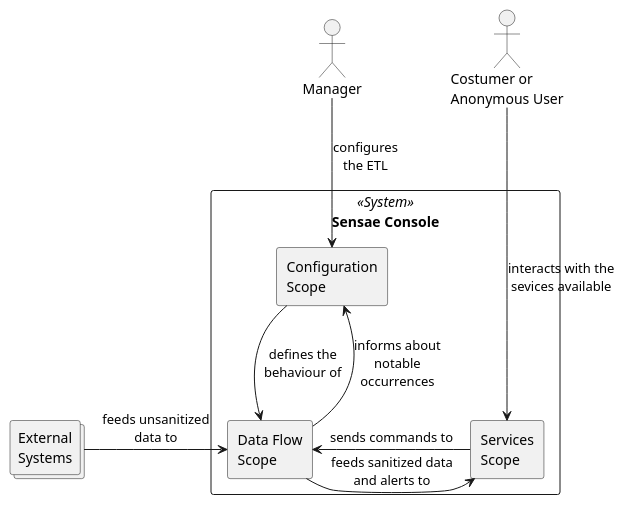
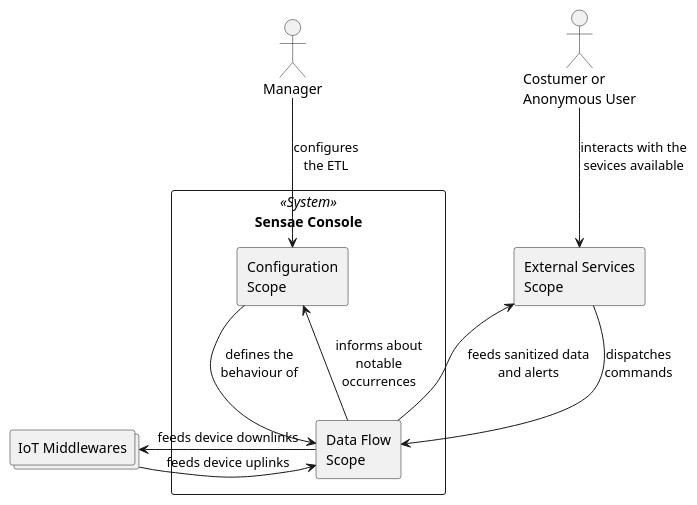
One commit to FilipeMCruz/dissertation changed the diagram in assets/diagrams/design/scopes.pu. Above: the diagram before and after it, drawn with PlantUML. The commit also changed 170 other files, not shown here.

```diff
--- a/assets/diagrams/design/scopes.pu
+++ b/assets/diagrams/design/scopes.pu
@@ -1,32 +1,33 @@
 @startuml scopes
 
 skinparam componentStyle rectangle
 
 actor Manager
 
 actor "Costumer or\nAnonymous User" as User
 
-collections "External\nSystems" as ExternalSystem
+collections "IoT Middlewares" as ExternalSystem
 
 component "Sensae Console"<<System>> {
 
     component "Configuration\nScope" as Configuration
 
     component "Data Flow\nScope" as DataFlow
-
-    component "Services\nScope" as Service
 }
 
-ExternalSystem -> DataFlow : feeds unsanitized\ndata to
+component "External Services\nScope" as Service
+
+ExternalSystem -> DataFlow : feeds device uplinks
+ExternalSystem <- DataFlow : feeds device downlinks
 
 Configuration --> DataFlow : defines the\nbehaviour of
 Configuration <-- DataFlow : informs about\nnotable\noccurrences
 
-DataFlow -> Service : feeds sanitized data\nand alerts to
-Service -> DataFlow : sends commands to
+Service <-- DataFlow : feeds sanitized data\nand alerts
+Service --> DataFlow : dispatches\ncommands
 
 Manager --> Configuration : configures\nthe ETL
 
-User ---> Service : interacts with the\nsevices available
+User --> Service : interacts with the\nsevices available
 
 @enduml
```
